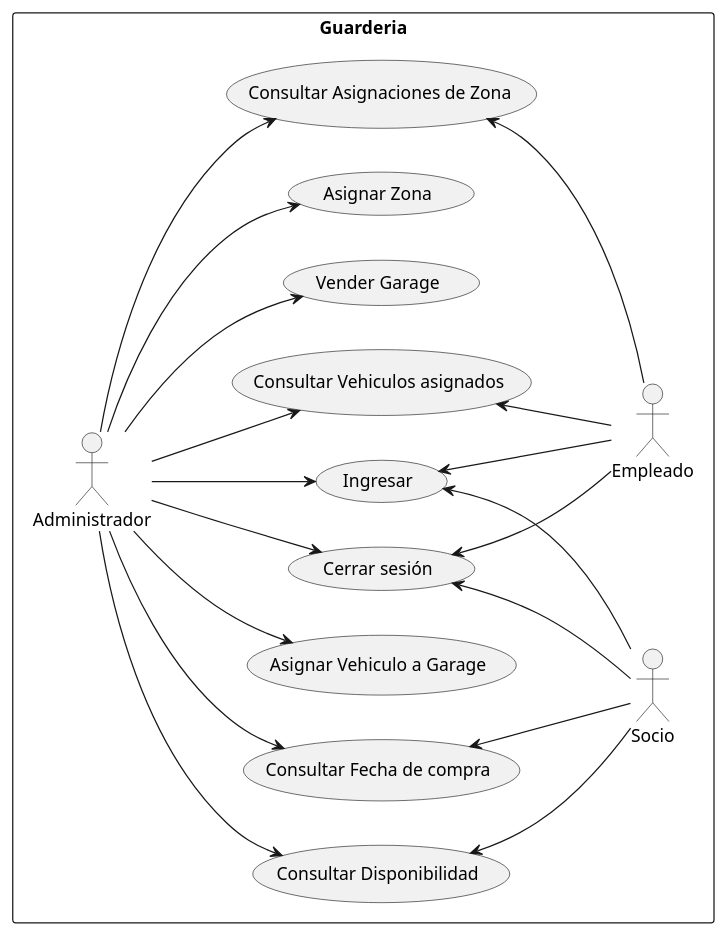
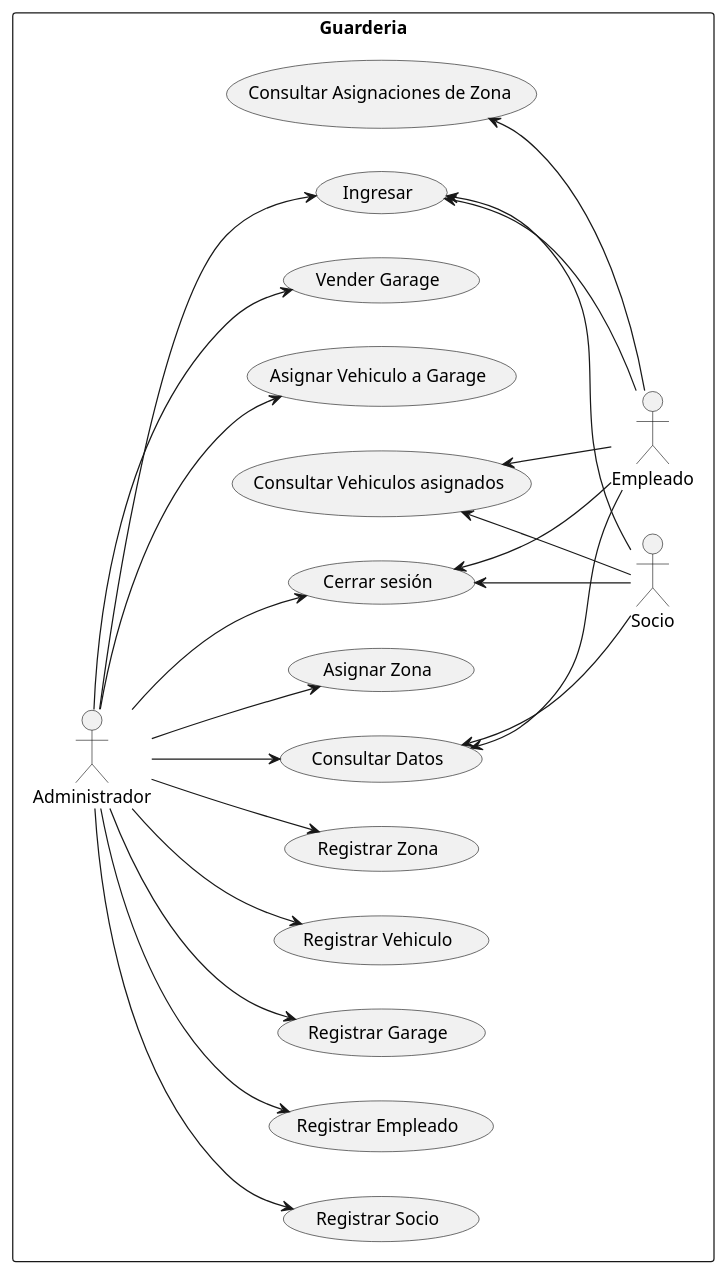
The diagram in resources/casouso.puml (LeandroFulvio/inspt-p2-guarderia-central), drawn with PlantUML before and after one commit.

Commit message:
Actualizacion Documentacion Caso Uso UML

```diff
--- a/resources/casouso.puml
+++ b/resources/casouso.puml
@@ -1,41 +1,50 @@
 @startuml
 skinparam backgroundColor transparent
 left to right direction
 
 rectangle Guarderia {
   usecase "Ingresar" as ingresar
-  usecase "Consultar Disponibilidad" as consultarDisponibilidad
+  usecase "Consultar Datos" as consultarDatos
   usecase "Asignar Vehiculo a Garage" as asignarVehiculoAGarage
-  usecase "Consultar Fecha de compra" as consultarFechas
   usecase "Consultar Asignaciones de Zona" as consultarZonas
   usecase "Consultar Vehiculos asignados" as consultarVehiculos
   usecase "Vender Garage" as venderGarage
   usecase "Asignar Zona" as asignarZona
   usecase "Cerrar sesión" as cerrar
 
+  usecase "Registrar Socio" as registrarSocio
+  usecase "Registrar Empleado"  as registrarEmpleado
+  usecase "Registrar Garage" as registrarGarage
+  usecase "Registrar Vehiculo" as registrarVehiculo
+  usecase "Registrar Zona" as registrarZona
+
   
   actor "Administrador" as adm
-  adm --> ingresar
-  adm --> consultarDisponibilidad
-  adm --> consultarFechas
-  adm --> consultarZonas
-  adm --> consultarVehiculos
-  adm --> venderGarage
-  adm --> asignarZona
-  adm --> cerrar
-  adm --> asignarVehiculoAGarage
+    adm --> ingresar
+    adm --> consultarDatos
+    adm --> venderGarage
+    adm --> asignarZona
+    adm --> cerrar
+    adm --> asignarVehiculoAGarage
+    adm --> registrarSocio
+    adm --> registrarEmpleado
+    adm --> registrarGarage
+    adm --> registrarVehiculo
+    adm --> registrarZona
+
   
   actor "Socio" as soc
-  ingresar <-- soc
-  consultarDisponibilidad <-- soc
-  consultarFechas <-- soc
-  cerrar <-- soc
-  
+    ingresar <-- soc
+    consultarDatos <-- soc
+    consultarVehiculos <-- soc
+    cerrar <-- soc
+
   actor "Empleado" as emp
-  ingresar <-- emp
-  consultarZonas <-- emp
-  consultarVehiculos <-- emp
-  cerrar <-- emp
+    ingresar <-- emp
+    consultarDatos <-- emp
+    consultarZonas <-- emp
+    consultarVehiculos <-- emp
+    cerrar <-- emp
+
 }
-
 @enduml
```
